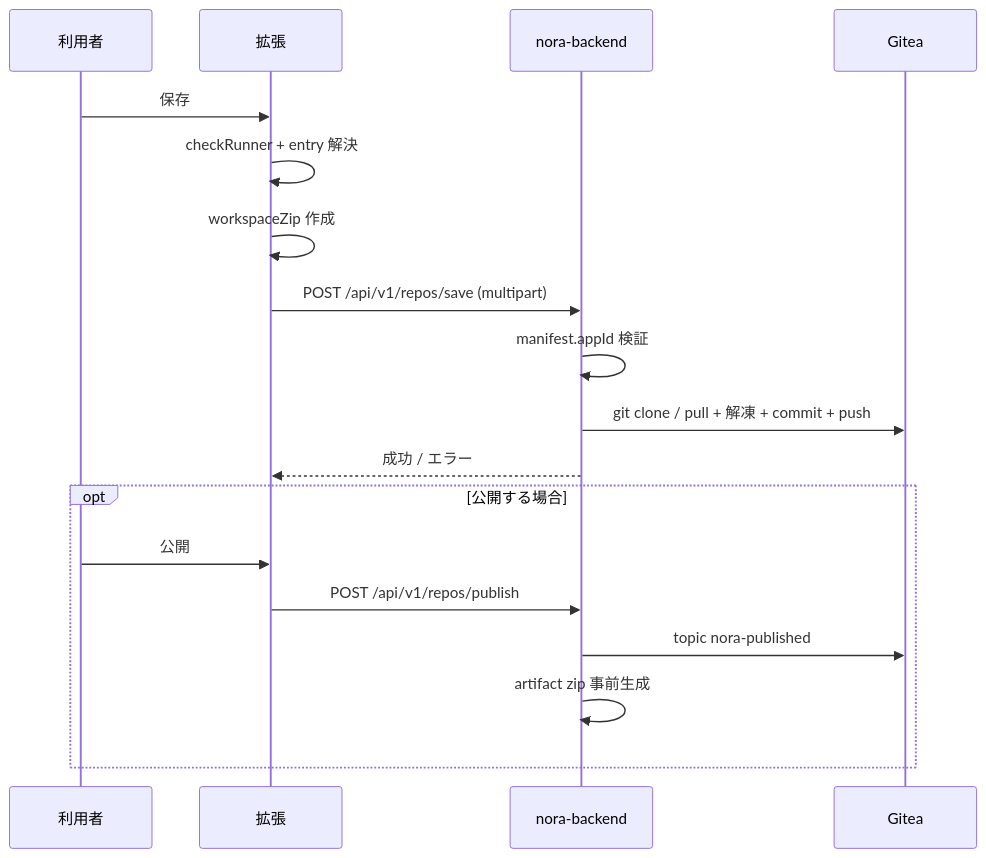
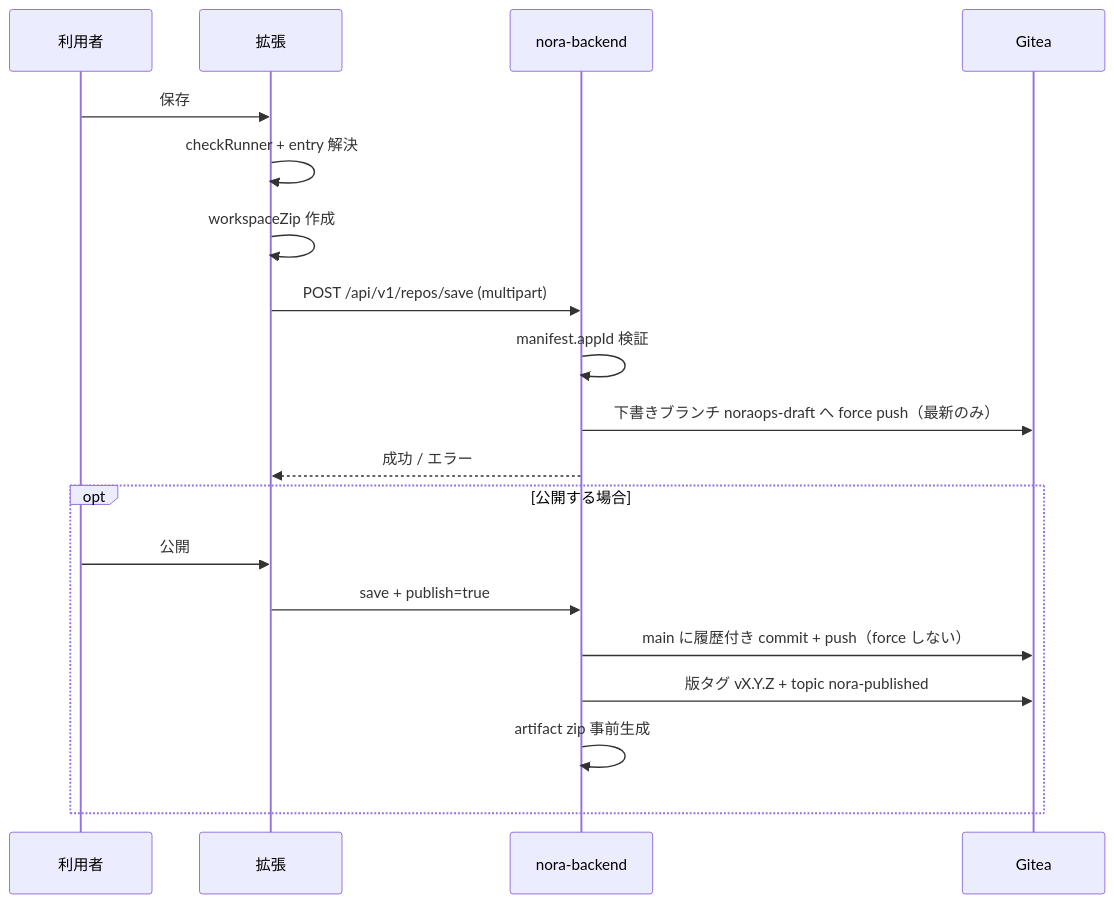
One commit to smyrk2031/NoraOps changed the fourth of 7 diagrams in docs/flows/02-ユーザ利用フロー.md. Above: the diagram before and after it, drawn with Mermaid. The commit also changed other lines of this file and 17 other files, not shown here.

First line of the commit message:
release: v0.25.0 — draft/main branch split for save vs publish

````diff
--- a/docs/flows/02-ユーザ利用フロー.md
+++ b/docs/flows/02-ユーザ利用フロー.md
@@ -99,21 +99,22 @@
 ```mermaid
 sequenceDiagram
   participant U as 利用者
   participant Ext as 拡張
   participant API as nora-backend
   participant G as Gitea
 
   U->>Ext: 保存
   Ext->>Ext: checkRunner + entry 解決
   Ext->>Ext: workspaceZip 作成
   Ext->>API: POST /api/v1/repos/save (multipart)
   API->>API: manifest.appId 検証
-  API->>G: git clone / pull + 解凍 + commit + push
+  API->>G: 下書きブランチ noraops-draft へ force push（最新のみ）
   API-->>Ext: 成功 / エラー
   opt 公開する場合
     U->>Ext: 公開
-    Ext->>API: POST /api/v1/repos/publish
-    API->>G: topic nora-published
+    Ext->>API: save + publish=true
+    API->>G: main に履歴付き commit + push（force しない）
+    API->>G: 版タグ vX.Y.Z + topic nora-published
     API->>API: artifact zip 事前生成
   end
 ```
````
